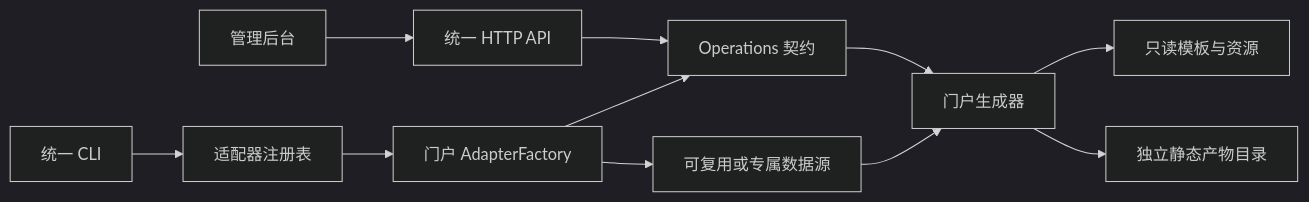
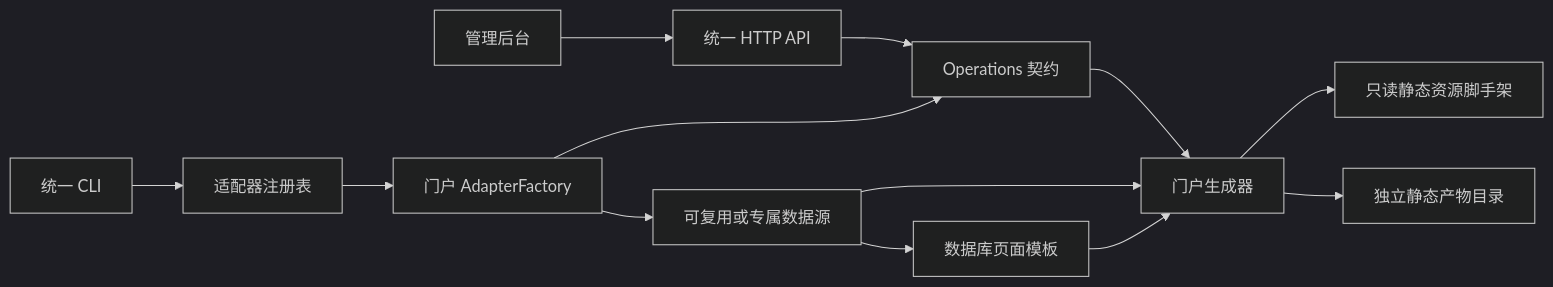
Before and after one commit to ziyotko/portal-static: the first of 2 diagrams in docs/architecture.md, drawn with Mermaid (dark theme). The commit also changed other lines of this file and 19 other files, not shown here.

````diff
--- a/docs/architecture.md
+++ b/docs/architecture.md
@@ -25,13 +25,15 @@
 ```mermaid
 flowchart LR
     CLI[统一 CLI] --> Registry[适配器注册表]
     Admin[管理后台] --> API[统一 HTTP API]
     API --> Ops[Operations 契约]
     Registry --> Factory[门户 AdapterFactory]
     Factory --> Ops
     Factory --> Source[可复用或专属数据源]
     Ops --> Generator[门户生成器]
     Source --> Generator
-    Generator --> Templates[只读模板与资源]
+    Source --> DBTemplates[数据库页面模板]
+    DBTemplates --> Generator
+    Generator --> Assets[只读静态资源脚手架]
     Generator --> Dist[独立静态产物目录]
 ```
````
